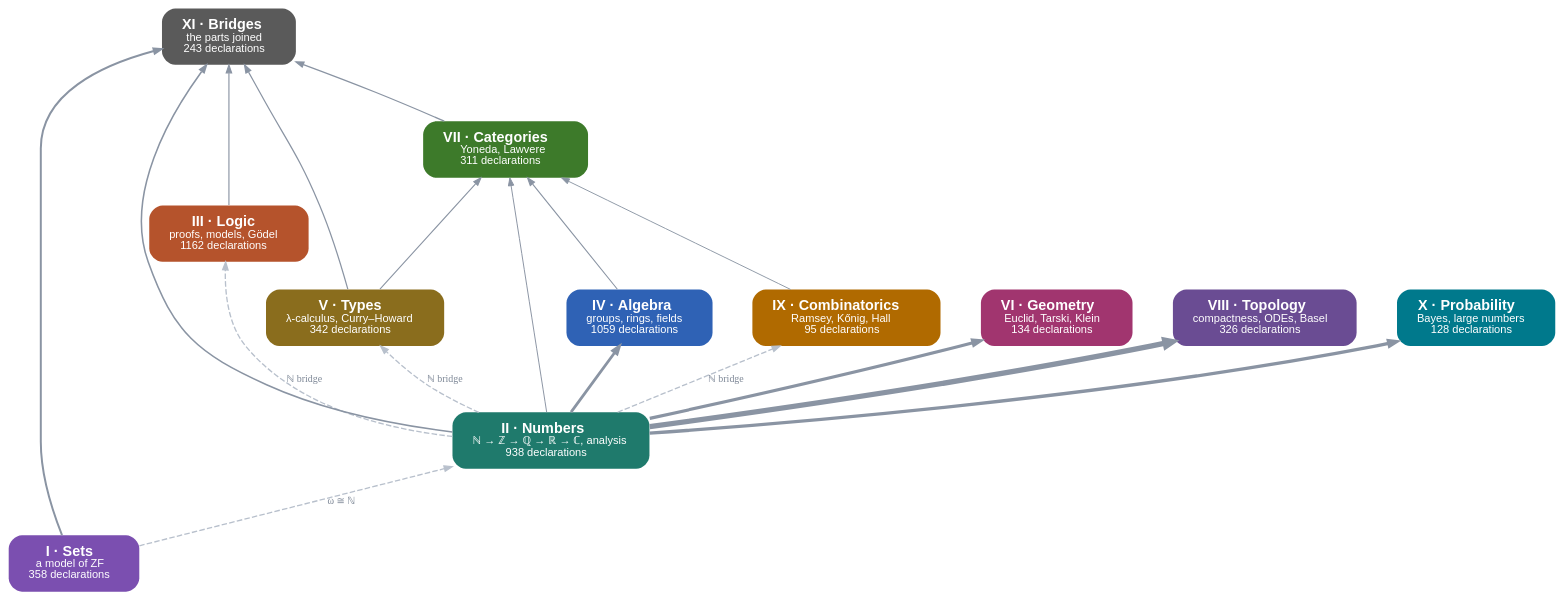
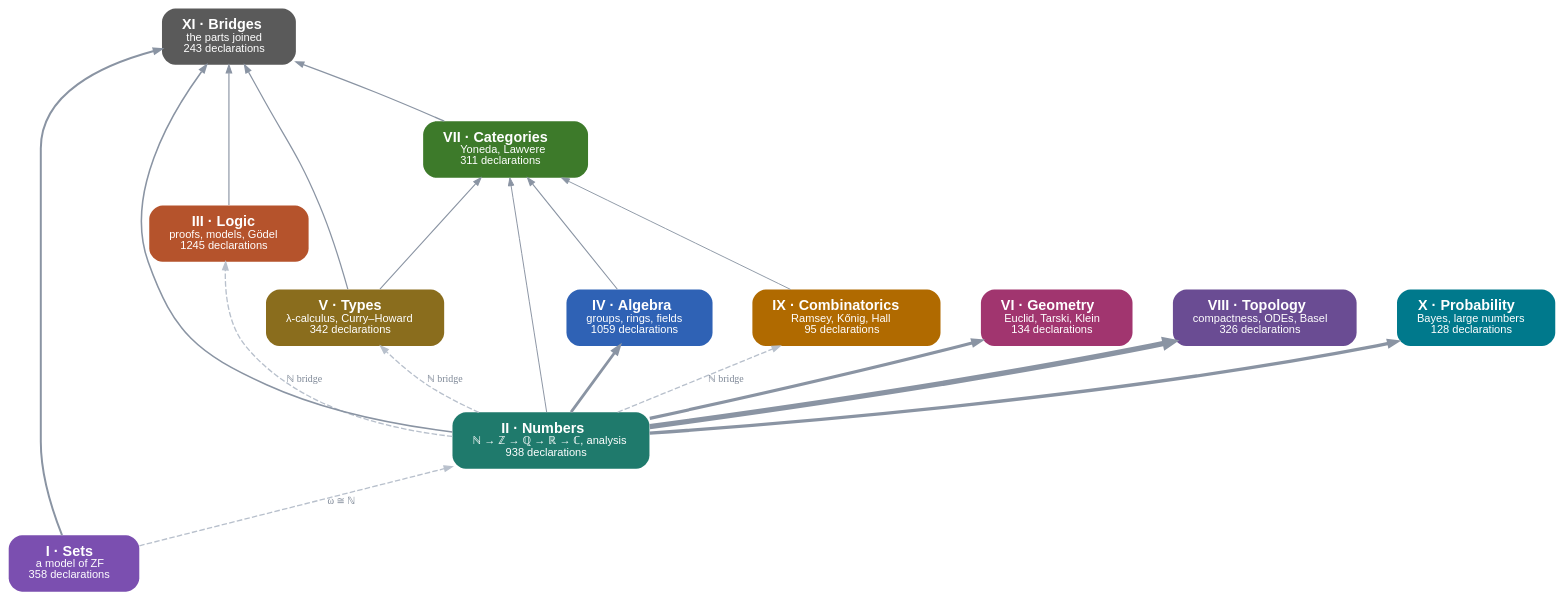
Before and after one commit to damianspendel/foundations: the diagram in site/dist/parts.dot, drawn with Graphviz. The commit also changed 14 other files, not shown here.

```diff
--- a/site/dist/parts.dot
+++ b/site/dist/parts.dot
@@ -1,33 +1,33 @@
 digraph parts {
 rankdir=BT; bgcolor="transparent"; nodesep=0.5; ranksep=0.7;
 node [shape=box, style="rounded,filled", fontname="Helvetica", fontsize=13, penwidth=0, margin="0.25,0.12"];
 edge [color="#8a94a3", arrowsize=0.7];
 "Sets" [label=<<b>I · Sets</b><br/><font point-size="10">a model of ZF<br/>358 declarations</font>>, fillcolor="#7b4fb0", fontcolor="white"];
 "Numbers" [label=<<b>II · Numbers</b><br/><font point-size="10">ℕ → ℤ → ℚ → ℝ → ℂ, analysis<br/>938 declarations</font>>, fillcolor="#1f7a6c", fontcolor="white"];
-"Logic" [label=<<b>III · Logic</b><br/><font point-size="10">proofs, models, Gödel<br/>1162 declarations</font>>, fillcolor="#b5532c", fontcolor="white"];
+"Logic" [label=<<b>III · Logic</b><br/><font point-size="10">proofs, models, Gödel<br/>1245 declarations</font>>, fillcolor="#b5532c", fontcolor="white"];
 "Algebra" [label=<<b>IV · Algebra</b><br/><font point-size="10">groups, rings, fields<br/>1059 declarations</font>>, fillcolor="#2f62b5", fontcolor="white"];
 "Types" [label=<<b>V · Types</b><br/><font point-size="10">λ-calculus, Curry–Howard<br/>342 declarations</font>>, fillcolor="#8a6d1d", fontcolor="white"];
 "Geometry" [label=<<b>VI · Geometry</b><br/><font point-size="10">Euclid, Tarski, Klein<br/>134 declarations</font>>, fillcolor="#a1356f", fontcolor="white"];
 "Categories" [label=<<b>VII · Categories</b><br/><font point-size="10">Yoneda, Lawvere<br/>311 declarations</font>>, fillcolor="#3d7a2a", fontcolor="white"];
 "Topology" [label=<<b>VIII · Topology</b><br/><font point-size="10">compactness, ODEs, Basel<br/>326 declarations</font>>, fillcolor="#6a4c93", fontcolor="white"];
 "Combinatorics" [label=<<b>IX · Combinatorics</b><br/><font point-size="10">Ramsey, Kőnig, Hall<br/>95 declarations</font>>, fillcolor="#b06a00", fontcolor="white"];
 "Probability" [label=<<b>X · Probability</b><br/><font point-size="10">Bayes, large numbers<br/>128 declarations</font>>, fillcolor="#00798c", fontcolor="white"];
 "Bridges" [label=<<b>XI · Bridges</b><br/><font point-size="10">the parts joined<br/>243 declarations</font>>, fillcolor="#5a5a5a", fontcolor="white"];
 "Algebra" -> "Categories" [penwidth=0.98, tooltip="23 uses of Algebra in Categories"];
 "Categories" -> "Bridges" [penwidth=1.13, tooltip="82 uses of Categories in Bridges"];
 "Combinatorics" -> "Categories" [penwidth=0.84, tooltip="1 uses of Combinatorics in Categories"];
 "Logic" -> "Bridges" [penwidth=1.04, tooltip="42 uses of Logic in Bridges"];
 "Numbers" -> "Algebra" [penwidth=2.48, tooltip="2105 uses of Numbers in Algebra"];
 "Numbers" -> "Bridges" [penwidth=1.40, tooltip="267 uses of Numbers in Bridges"];
 "Numbers" -> "Categories" [penwidth=0.88, tooltip="5 uses of Numbers in Categories"];
 "Numbers" -> "Geometry" [penwidth=2.87, tooltip="3189 uses of Numbers in Geometry"];
 "Numbers" -> "Probability" [penwidth=3.01, tooltip="3662 uses of Numbers in Probability"];
 "Numbers" -> "Topology" [penwidth=4.80, tooltip="11945 uses of Numbers in Topology"];
 "Sets" -> "Bridges" [penwidth=1.79, tooltip="738 uses of Sets in Bridges"];
 "Types" -> "Bridges" [penwidth=1.11, tooltip="73 uses of Types in Bridges"];
 "Types" -> "Categories" [penwidth=0.97, tooltip="21 uses of Types in Categories"];
 "Sets" -> "Numbers" [style=dashed, color="#b8c0cc", penwidth=1.2, label=<<font point-size="9" color="#7d8796">ω ≅ ℕ</font>>];
 "Numbers" -> "Logic" [style=dashed, color="#b8c0cc", penwidth=1.2, label=<<font point-size="9" color="#7d8796">ℕ bridge</font>>];
 "Numbers" -> "Types" [style=dashed, color="#b8c0cc", penwidth=1.2, label=<<font point-size="9" color="#7d8796">ℕ bridge</font>>];
 "Numbers" -> "Combinatorics" [style=dashed, color="#b8c0cc", penwidth=1.2, label=<<font point-size="9" color="#7d8796">ℕ bridge</font>>];
 }
```
